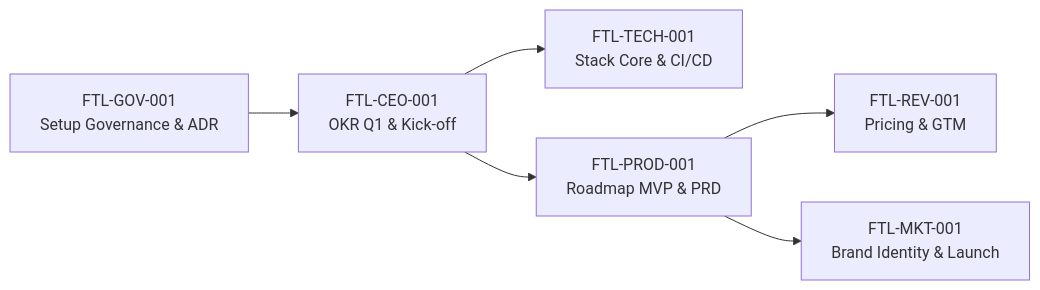
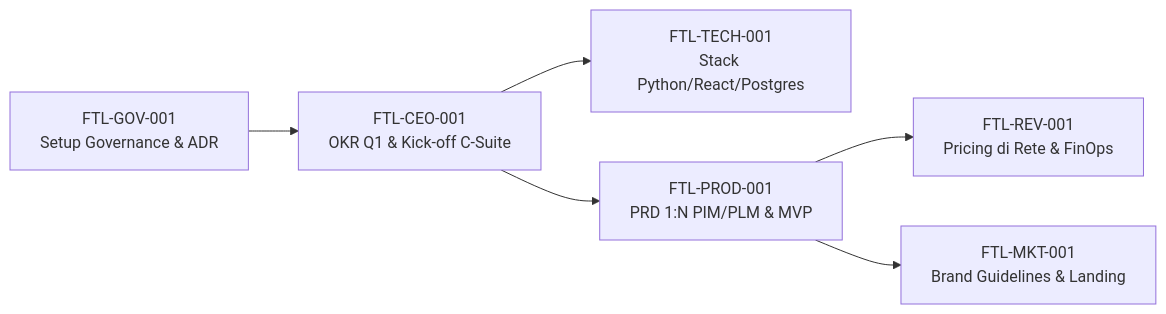
One commit to cimitalk/FootLink_v2 changed the diagram in README.md. Above: the diagram before and after it, drawn with Mermaid. The commit also changed other lines of this file and 1 other file, not shown here.

Commit message:
docs(ceo): approve Role CEO v1.0 and update README with full C-Suite v1.0 approval status

````diff
--- a/README.md
+++ b/README.md
@@ -25,8 +35,8 @@
 ```mermaid
 flowchart LR
-    GOV["FTL-GOV-001<br/>Setup Governance & ADR"] --> CEO["FTL-CEO-001<br/>OKR Q1 & Kick-off"]
-    CEO --> TECH["FTL-TECH-001<br/>Stack Core & CI/CD"]
-    CEO --> PROD["FTL-PROD-001<br/>Roadmap MVP & PRD"]
-    PROD --> REV["FTL-REV-001<br/>Pricing & GTM"]
-    PROD --> MKT["FTL-MKT-001<br/>Brand Identity & Launch"]
+    GOV["FTL-GOV-001<br/>Setup Governance & ADR"] --> CEO["FTL-CEO-001<br/>OKR Q1 & Kick-off C-Suite"]
+    CEO --> TECH["FTL-TECH-001<br/>Stack Python/React/Postgres"]
+    CEO --> PROD["FTL-PROD-001<br/>PRD 1:N PIM/PLM & MVP"]
+    PROD --> REV["FTL-REV-001<br/>Pricing di Rete & FinOps"]
+    PROD --> MKT["FTL-MKT-001<br/>Brand Guidelines & Landing"]
 ```
````
